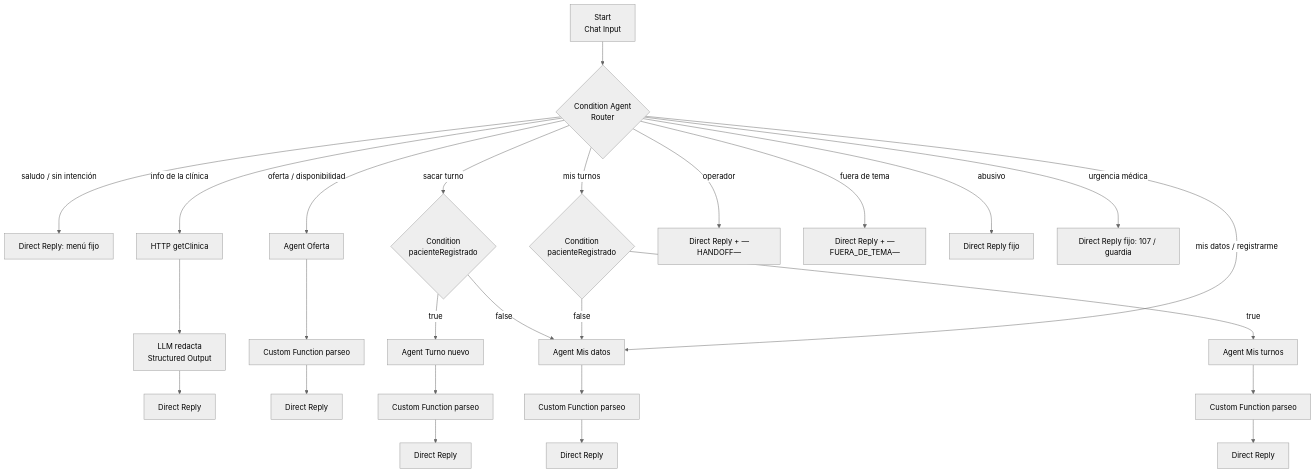
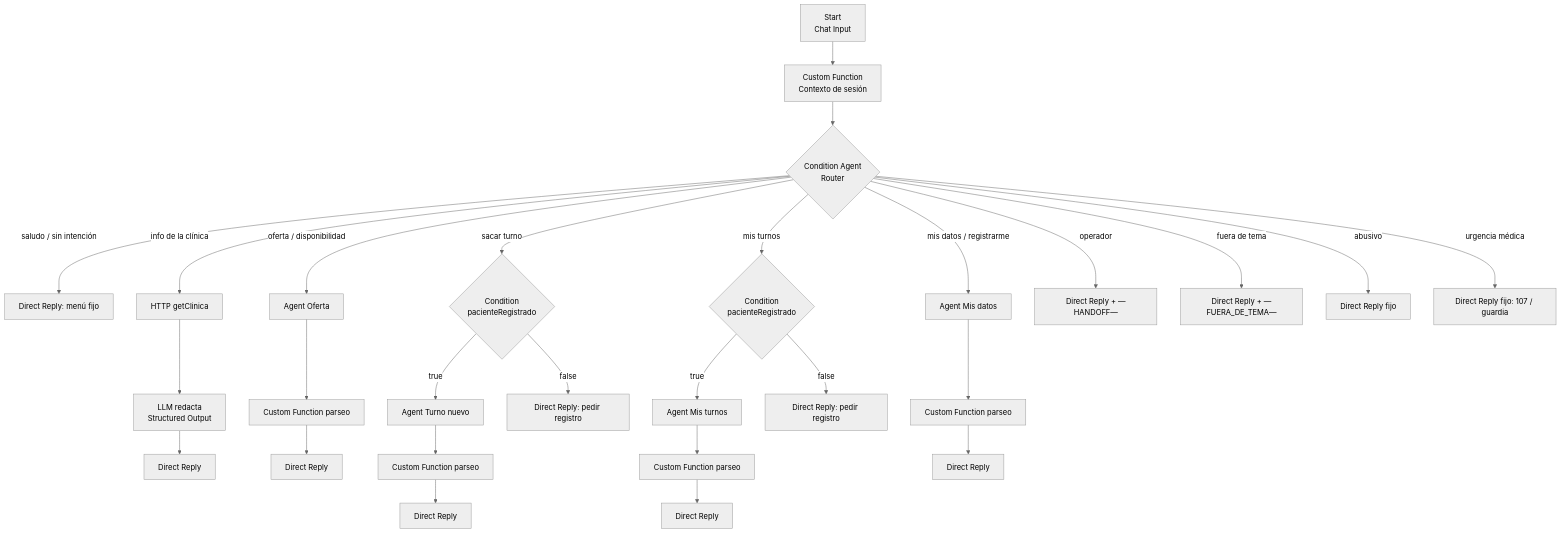
Before and after one commit to Proyecto-Final-Grupo-17/AccesMed-BackEnd: the third of 3 diagrams in Docs/Diseno-Chatbot.md, drawn with Mermaid (neutral theme). The commit also changed other lines of this file and 1 other file, not shown here.

````diff
--- a/Docs/Diseno-Chatbot.md
+++ b/Docs/Diseno-Chatbot.md
@@ -804,18 +804,18 @@
 ```mermaid
 flowchart TD
-  ST[Start<br/>Chat Input] --> RT{Condition Agent<br/>Router}
+  ST[Start<br/>Chat Input] --> CTX[Custom Function<br/>Contexto de sesión] --> RT{Condition Agent<br/>Router}
   RT -- saludo / sin intención --> MENU[Direct Reply: menú fijo]
   RT -- info de la clínica --> H1[HTTP getClinica] --> L1[LLM redacta<br/>Structured Output] --> R1[Direct Reply]
   RT -- oferta / disponibilidad --> A2[Agent Oferta] --> P2[Custom Function parseo] --> R2[Direct Reply]
   RT -- sacar turno --> C3{Condition<br/>pacienteRegistrado}
   C3 -- true --> A3[Agent Turno nuevo] --> P3[Custom Function parseo] --> R3[Direct Reply]
-  C3 -- false --> A5
+  C3 -- false --> REG3[Direct Reply: pedir registro]
   RT -- mis turnos --> C4{Condition<br/>pacienteRegistrado}
   C4 -- true --> A4[Agent Mis turnos] --> P4[Custom Function parseo] --> R4[Direct Reply]
-  C4 -- false --> A5
+  C4 -- false --> REG4[Direct Reply: pedir registro]
   RT -- mis datos / registrarme --> A5[Agent Mis datos] --> P5[Custom Function parseo] --> R5[Direct Reply]
   RT -- operador --> OP[Direct Reply + —HANDOFF—]
   RT -- fuera de tema --> FT[Direct Reply + —FUERA_DE_TEMA—]
   RT -- abusivo --> AB[Direct Reply fijo]
   RT -- urgencia médica --> UR[Direct Reply fijo: 107 / guardia]
 ```
````
